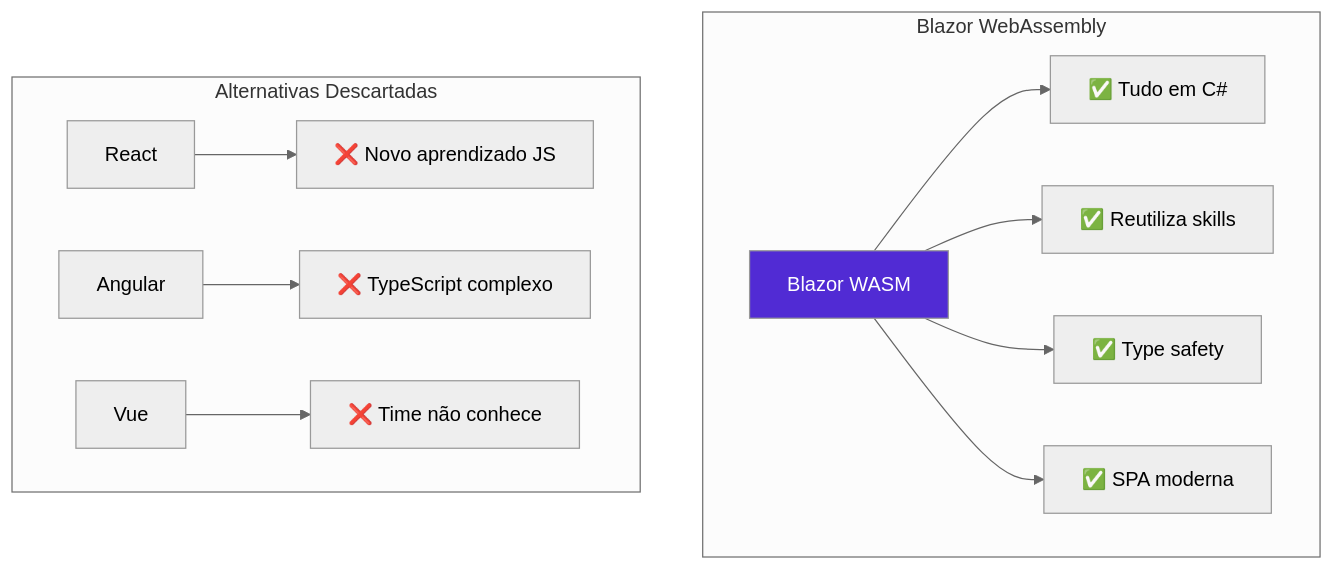
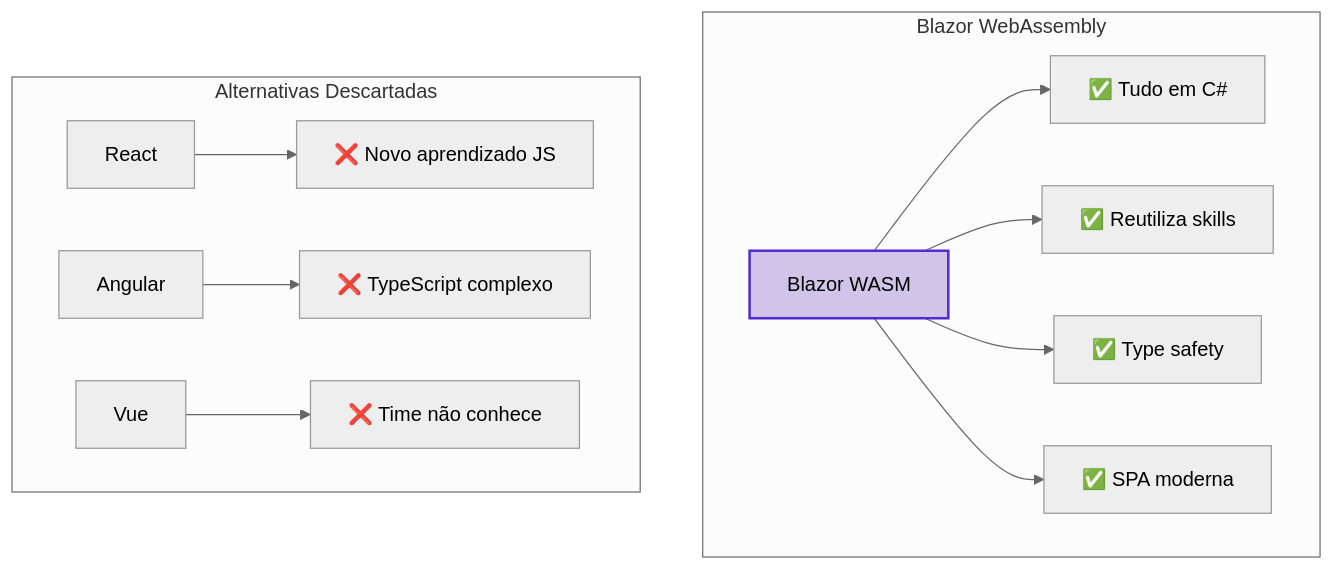
Before and after one commit to gabrigabs/public-polls-app: the second of 9 diagrams in docs/04-justificativas-tecnicas.md, drawn with Mermaid (neutral theme). The commit also changed other lines of this file and 6 other files, not shown here.

Commit message:
docs: standardize and improve mermaid diagrams readability

````diff
--- a/docs/04-justificativas-tecnicas.md
+++ b/docs/04-justificativas-tecnicas.md
@@ -46,18 +47,19 @@
 ```mermaid
 graph TB
     subgraph "Blazor WebAssembly"
         B[Blazor WASM]
         B --> F1["✅ Tudo em C#"]
         B --> F2["✅ Reutiliza skills"]
         B --> F3["✅ Type safety"]
         B --> F4["✅ SPA moderna"]
     end
 
     subgraph "Alternativas Descartadas"
         R[React] --> R1["❌ Novo aprendizado JS"]
         A[Angular] --> A1["❌ TypeScript complexo"]
         V[Vue] --> V1["❌ Time não conhece"]
     end
 
-    style B fill:#512bd4,color:#fff
+    classDef dotnet fill:#d1c4e9,stroke:#512bd4,color:#000,stroke-width:2px;
+    class B dotnet;
 ```
````
